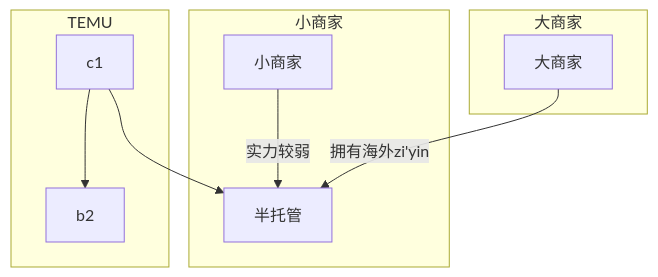
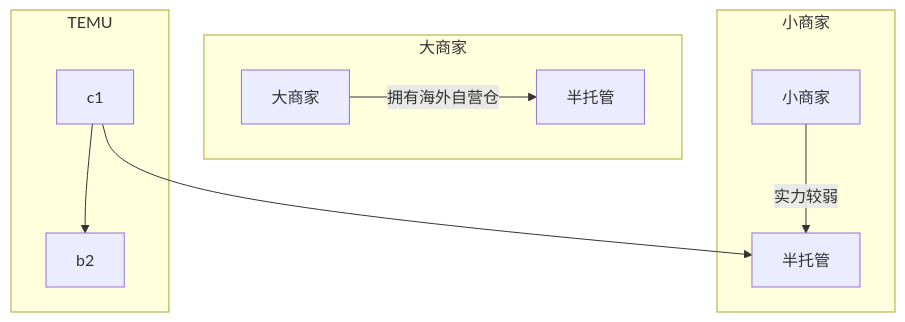
The diagram in all/TEMU链路图.md (Zora0203/iodraw-files), drawn with Mermaid before and after one commit.

Commit message:
2024-12-06 16:32:33 update

````diff
--- a/all/TEMU链路图.md
+++ b/all/TEMU链路图.md
@@ -1,18 +1,18 @@
 ```mermaid
 flowchart TB
 
     subgraph 小商家
     a1[小商家]--实力较弱-->ban[半托管]
     end
 
 
     subgraph 大商家
-    b1[大商家]--拥有海外zi'yin-->ban[半托管]
+    b1[大商家]--拥有海外自营仓-->b[半托管]
     end
 
 
     subgraph TEMU
     c1-->b2
     c1-->ban
     end
 ```
````
